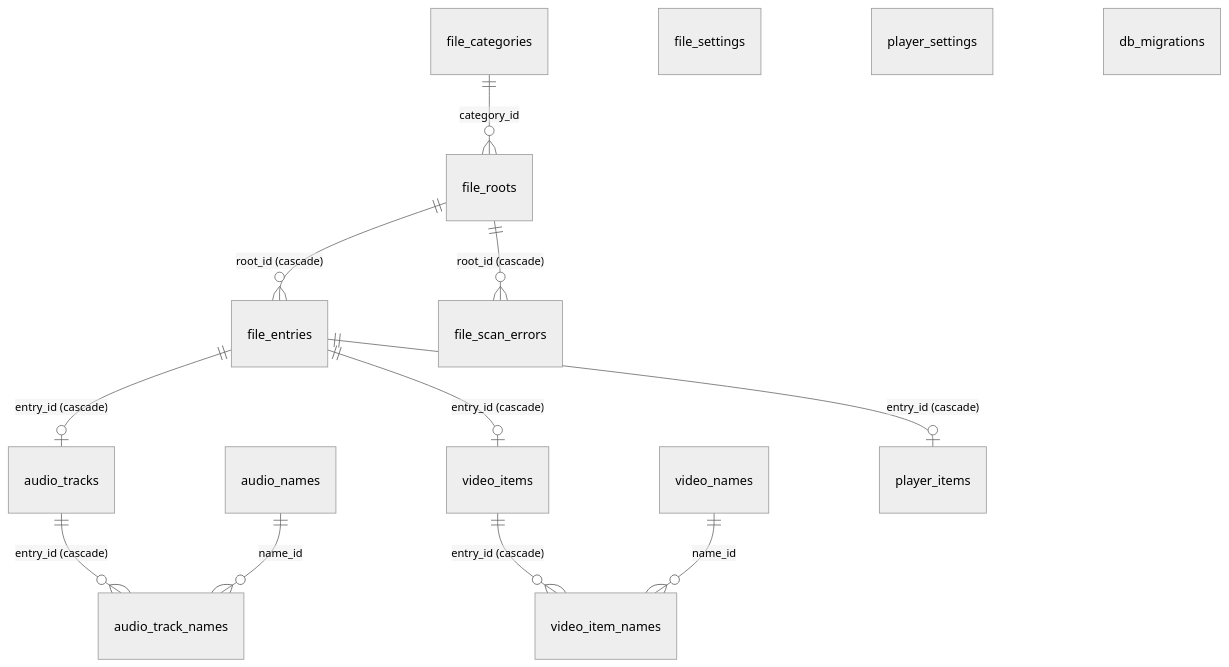
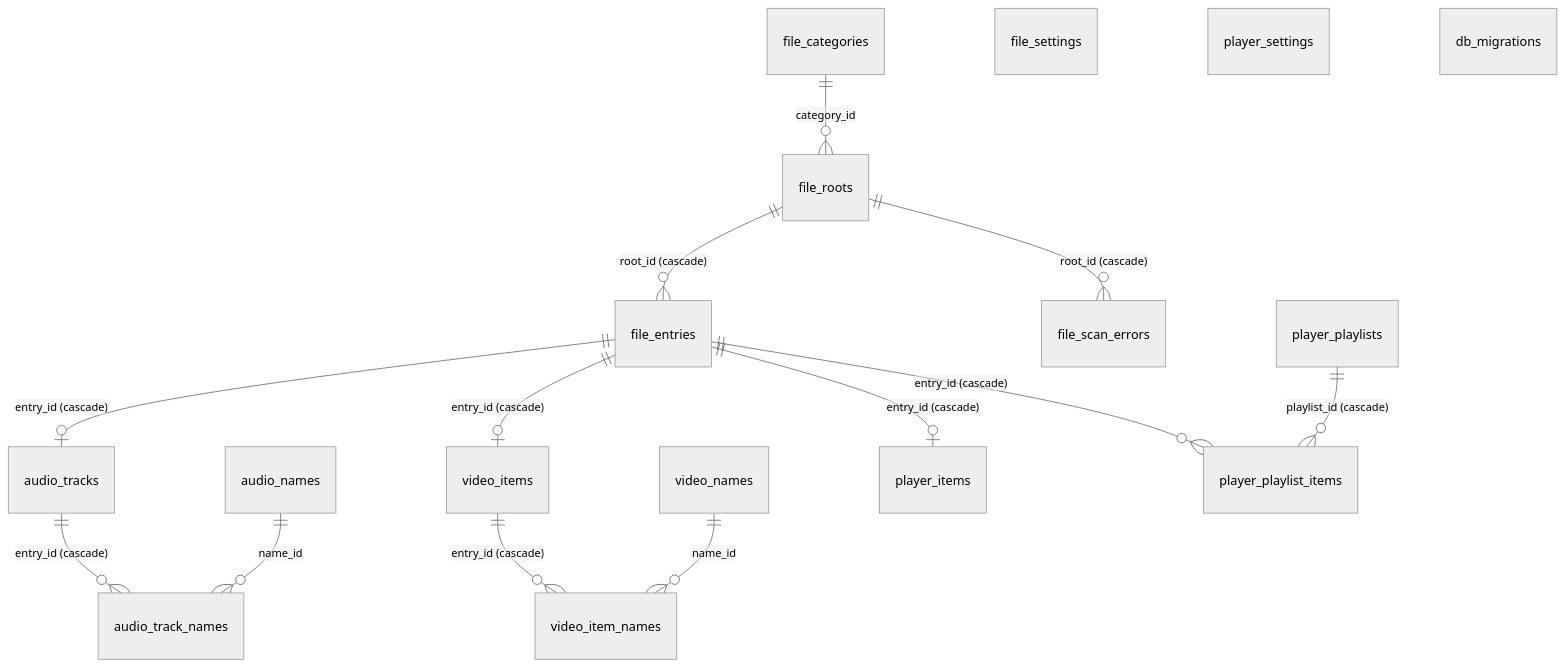
Before and after one commit to abhinavp06/hoardor: the diagram in DOCUMENTATION/application/DATABASE.md, drawn with Mermaid (neutral theme). The commit also changed other lines of this file and 12 other files, not shown here.

First line of the commit message:
Playlists and liked songs: the engine (player migration 3)

````diff
--- a/DOCUMENTATION/application/DATABASE.md
+++ b/DOCUMENTATION/application/DATABASE.md
@@ -39,16 +39,18 @@
 ```mermaid
 erDiagram
     file_categories ||--o{ file_roots : "category_id"
     file_roots ||--o{ file_entries : "root_id (cascade)"
     file_roots ||--o{ file_scan_errors : "root_id (cascade)"
     file_entries ||--o| audio_tracks : "entry_id (cascade)"
     audio_tracks ||--o{ audio_track_names : "entry_id (cascade)"
     audio_names ||--o{ audio_track_names : "name_id"
     file_entries ||--o| video_items : "entry_id (cascade)"
     video_items ||--o{ video_item_names : "entry_id (cascade)"
     video_names ||--o{ video_item_names : "name_id"
     file_entries ||--o| player_items : "entry_id (cascade)"
+    player_playlists ||--o{ player_playlist_items : "playlist_id (cascade)"
+    file_entries ||--o{ player_playlist_items : "entry_id (cascade)"
     file_settings
     player_settings
     db_migrations
 ```
````
